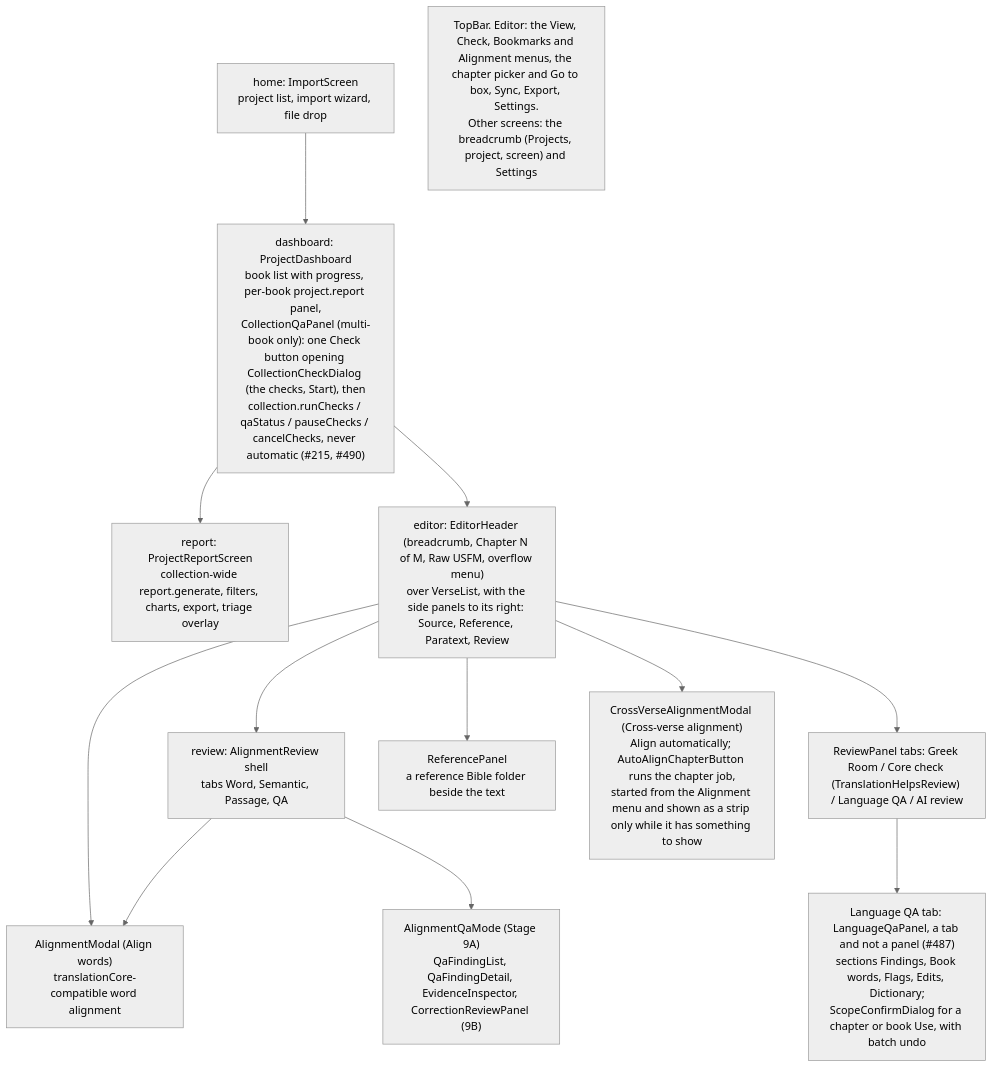
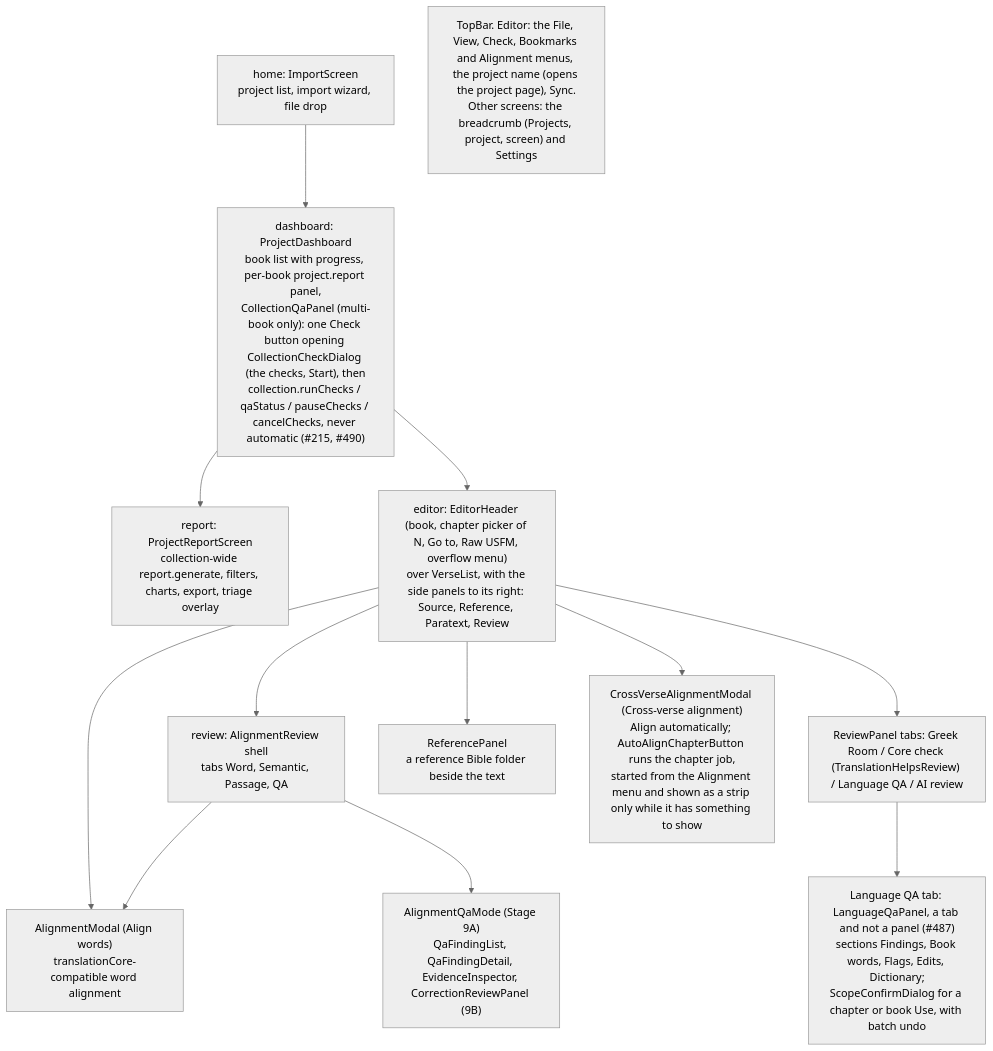
The fourth of 4 diagrams in docs/ARCHITECTURE.md (Bridgeconn/bridge), drawn with Mermaid (neutral theme) before and after one commit. The commit also changed other lines of this file and 13 other files, not shown here.

First line of the commit message:
feat(editor): File menu, project name in the top bar, chapter picker and validated Go to in the editor header (#488, #489)

````diff
--- a/docs/ARCHITECTURE.md
+++ b/docs/ARCHITECTURE.md
@@ -287,15 +287,15 @@
 ```mermaid
 flowchart TB
   Home["home: ImportScreen<br/>project list, import wizard, file drop"] --> Dash
   Dash["dashboard: ProjectDashboard<br/>book list with progress, per-book project.report panel,<br/>CollectionQaPanel (multi-book only): one Check button opening CollectionCheckDialog (the checks, Start), then<br/>collection.runChecks / qaStatus / pauseChecks / cancelChecks, never automatic (#215, #490)"] --> Report["report: ProjectReportScreen<br/>collection-wide report.generate, filters, charts, export, triage overlay"]
-  Dash --> Editor["editor: EditorHeader (breadcrumb, Chapter N of M, Raw USFM, overflow menu)<br/>over VerseList, with the side panels to its right: Source, Reference, Paratext, Review"]
+  Dash --> Editor["editor: EditorHeader (book, chapter picker of N, Go to, Raw USFM, overflow menu)<br/>over VerseList, with the side panels to its right: Source, Reference, Paratext, Review"]
   Editor --> AR["review: AlignmentReview shell<br/>tabs Word, Semantic, Passage, QA"]
   Editor --> AM["AlignmentModal (Align words)<br/>translationCore-compatible word alignment"]
   AR --> AM
   Editor --> RPt["ReviewPanel tabs: Greek Room / Core check (TranslationHelpsReview) / Language QA / AI review"]
   RPt --> LQP["Language QA tab: LanguageQaPanel, a tab and not a panel (#487)<br/>sections Findings, Book words, Flags, Edits, Dictionary;<br/>ScopeConfirmDialog for a chapter or book Use, with batch undo"]
   Editor --> RefP["ReferencePanel<br/>a reference Bible folder beside the text"]
   Editor --> CVM["CrossVerseAlignmentModal (Cross-verse alignment)<br/>Align automatically; AutoAlignChapterButton runs the chapter job,<br/>started from the Alignment menu and shown as a strip only while it has something to show"]
   AR --> QA["AlignmentQaMode (Stage 9A)<br/>QaFindingList, QaFindingDetail, EvidenceInspector, CorrectionReviewPanel (9B)"]
-  Top["TopBar. Editor: the View, Check, Bookmarks and Alignment menus, the chapter picker and Go to box, Sync, Export, Settings.<br/>Other screens: the breadcrumb (Projects, project, screen) and Settings"]
+  Top["TopBar. Editor: the File, View, Check, Bookmarks and Alignment menus, the project name (opens the project page), Sync.<br/>Other screens: the breadcrumb (Projects, project, screen) and Settings"]
 ```
````
